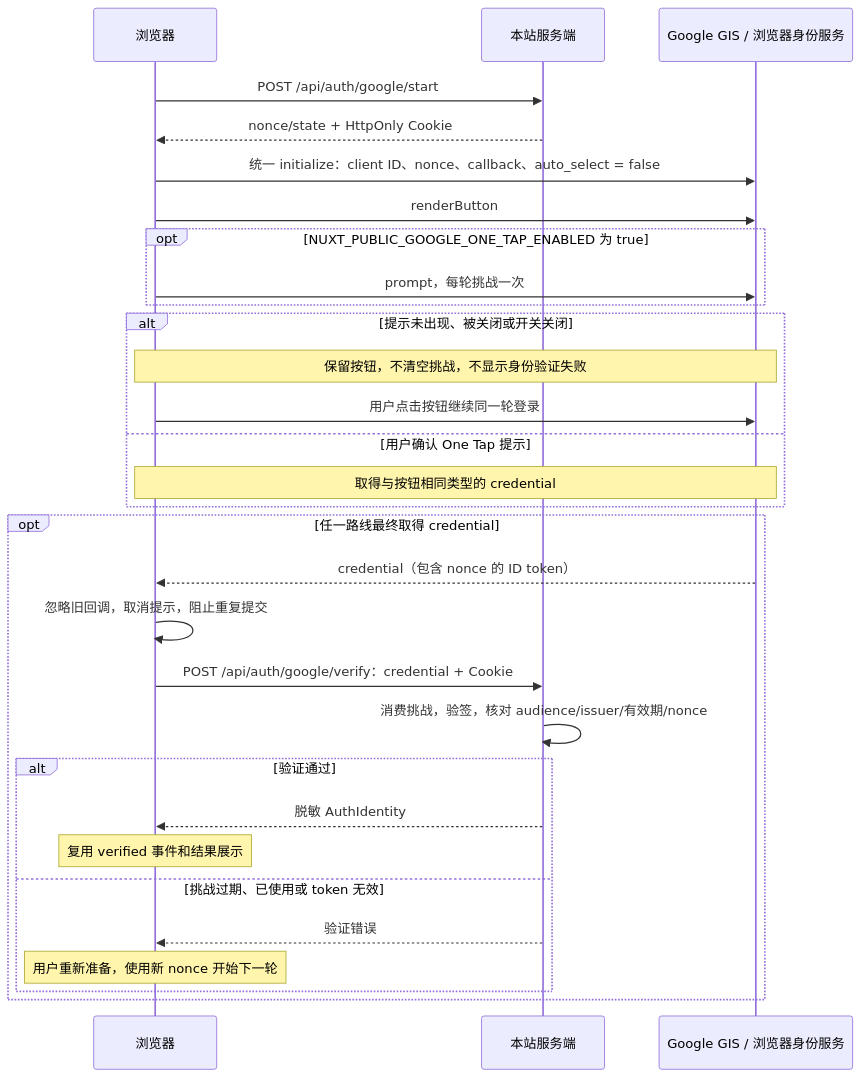
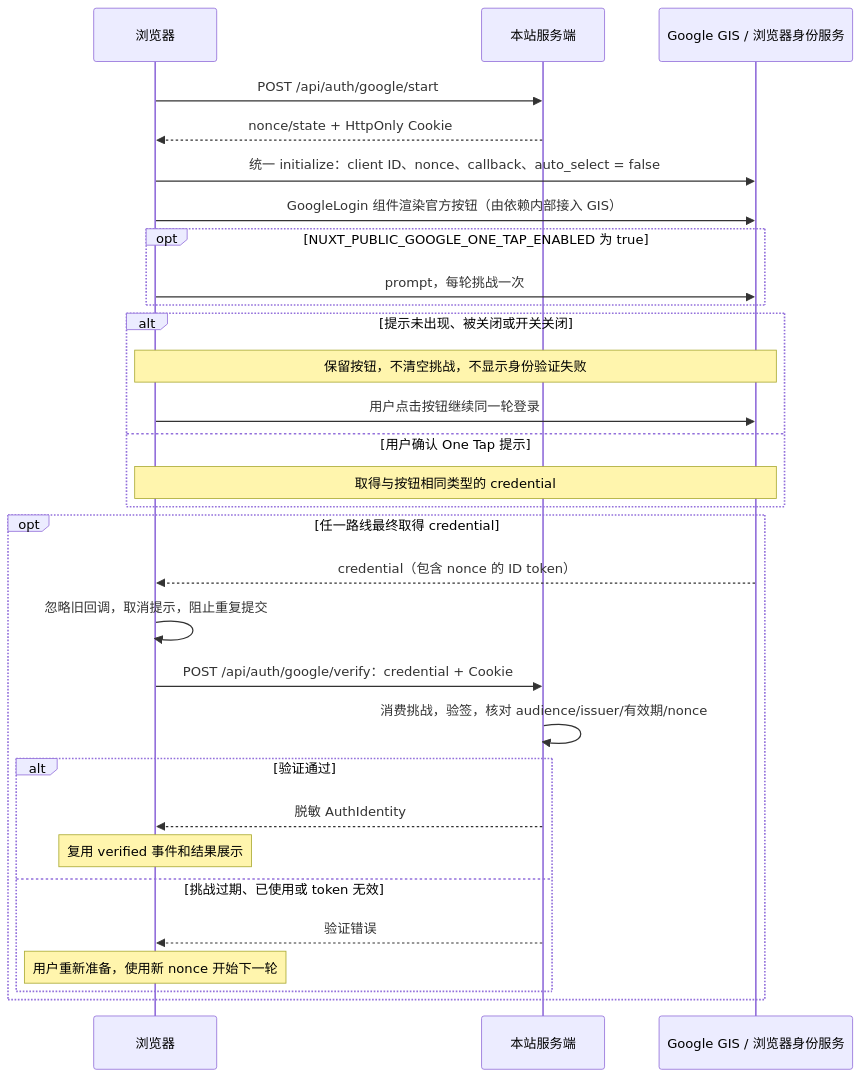
The third of 3 diagrams in docs/auth/google.md (ca091/tripartite-login), drawn with Mermaid before and after one commit. The commit also changed other lines of this file and 2 other files, not shown here.

````diff
--- a/docs/auth/google.md
+++ b/docs/auth/google.md
@@ -288,32 +288,32 @@
 ```mermaid
 sequenceDiagram
     participant B as 浏览器
     participant S as 本站服务端
     participant G as Google GIS / 浏览器身份服务
     B->>S: POST /api/auth/google/start
     S-->>B: nonce/state + HttpOnly Cookie
     B->>G: 统一 initialize：client ID、nonce、callback、auto_select = false
-    B->>G: renderButton
+    B->>G: GoogleLogin 组件渲染官方按钮（由依赖内部接入 GIS）
     opt NUXT_PUBLIC_GOOGLE_ONE_TAP_ENABLED 为 true
         B->>G: prompt，每轮挑战一次
     end
     alt 提示未出现、被关闭或开关关闭
         Note over B,G: 保留按钮，不清空挑战，不显示身份验证失败
         B->>G: 用户点击按钮继续同一轮登录
     else 用户确认 One Tap 提示
         Note over B,G: 取得与按钮相同类型的 credential
     end
     opt 任一路线最终取得 credential
         G-->>B: credential（包含 nonce 的 ID token）
         B->>B: 忽略旧回调，取消提示，阻止重复提交
         B->>S: POST /api/auth/google/verify：credential + Cookie
         S->>S: 消费挑战，验签，核对 audience/issuer/有效期/nonce
         alt 验证通过
             S-->>B: 脱敏 AuthIdentity
             Note over B: 复用 verified 事件和结果展示
         else 挑战过期、已使用或 token 无效
             S-->>B: 验证错误
             Note over B: 用户重新准备，使用新 nonce 开始下一轮
         end
     end
 ```
````
